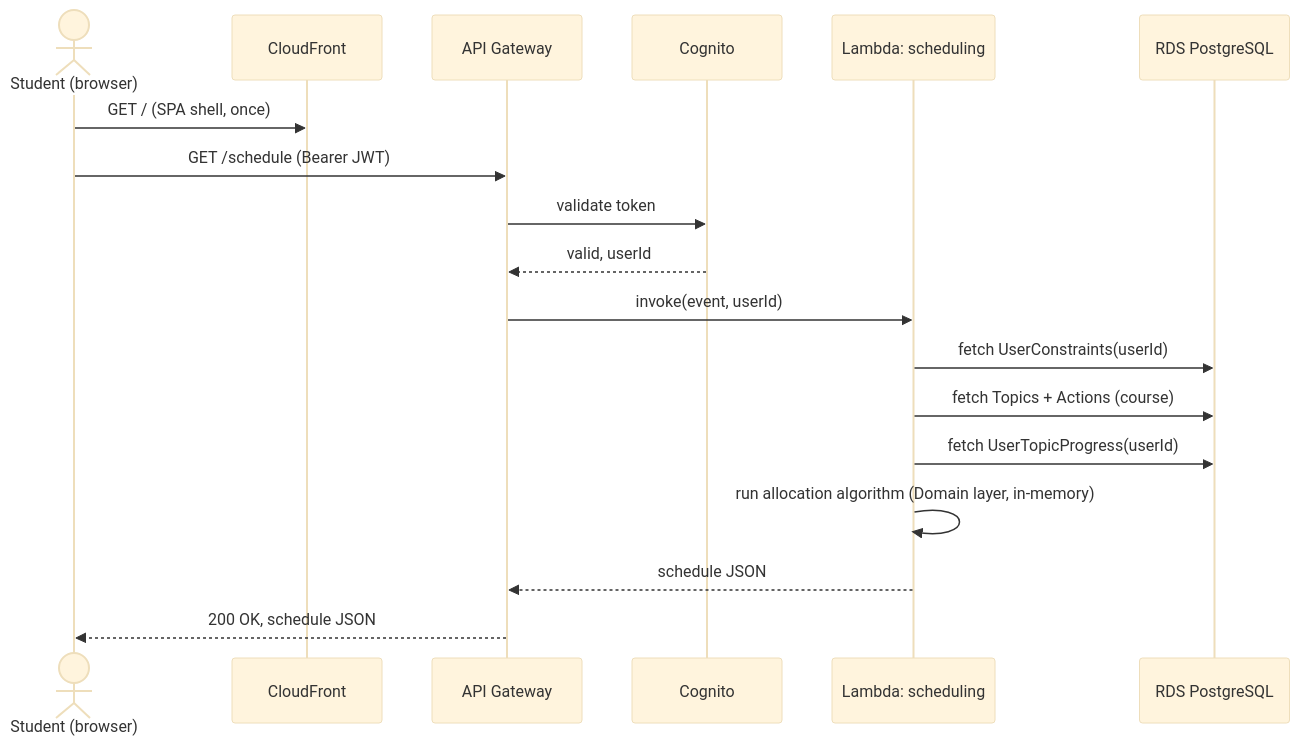
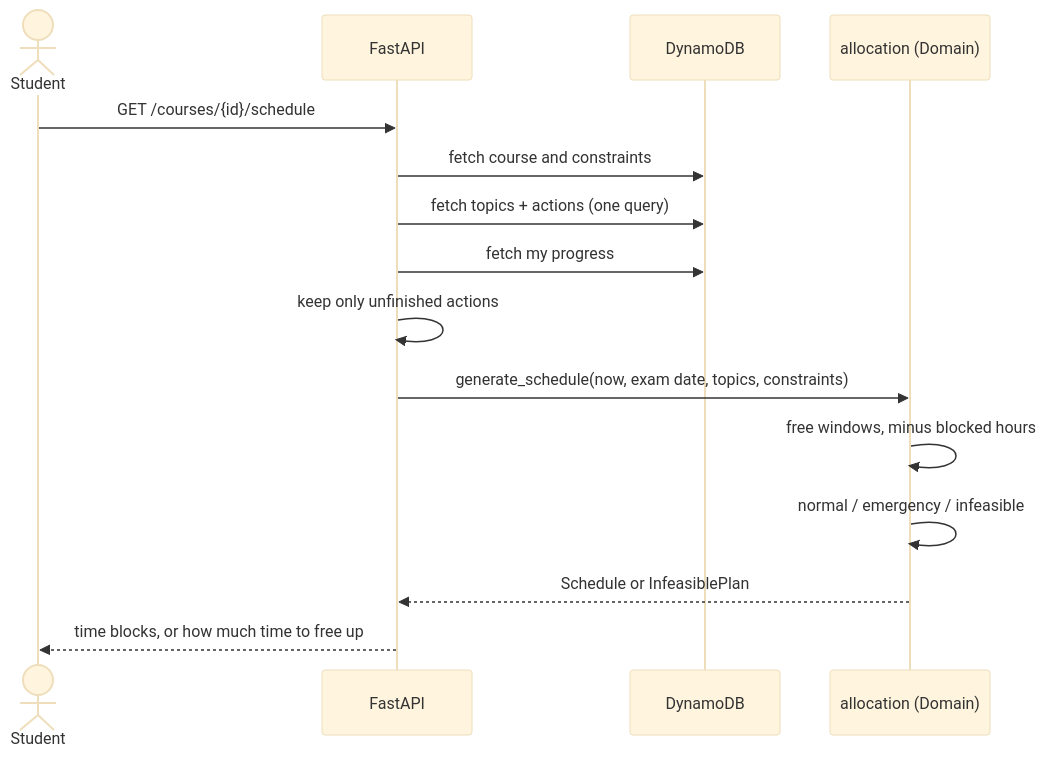
Before and after one commit to barbh1913/LearnSprint-: the second of 3 diagrams in docs/diagrams/request-flow.md, drawn with Mermaid (base theme). The commit also changed other lines of this file and 16 other files, not shown here.

````diff
--- a/docs/diagrams/request-flow.md
+++ b/docs/diagrams/request-flow.md
@@ -5,21 +34,18 @@
 ```mermaid
 sequenceDiagram
-    actor U as Student (browser)
-    participant CF as CloudFront
-    participant GW as API Gateway
-    participant Auth as Cognito
-    participant L as Lambda: scheduling
-    participant DB as RDS PostgreSQL
+    actor S as Student
+    participant API as FastAPI
+    participant DDB as DynamoDB
+    participant Alg as allocation (Domain)
 
-    U->>CF: GET / (SPA shell, once)
-    U->>GW: GET /schedule (Bearer JWT)
-    GW->>Auth: validate token
-    Auth-->>GW: valid, userId
-    GW->>L: invoke(event, userId)
-    L->>DB: fetch UserConstraints(userId)
-    L->>DB: fetch Topics + Actions (course)
-    L->>DB: fetch UserTopicProgress(userId)
-    L->>L: run allocation algorithm (Domain layer, in-memory)
-    L-->>GW: schedule JSON
-    GW-->>U: 200 OK, schedule JSON
+    S->>API: GET /courses/{id}/schedule
+    API->>DDB: fetch course and constraints
+    API->>DDB: fetch topics + actions (one query)
+    API->>DDB: fetch my progress
+    API->>API: keep only unfinished actions
+    API->>Alg: generate_schedule(now, exam date, topics, constraints)
+    Alg->>Alg: free windows, minus blocked hours
+    Alg->>Alg: normal / emergency / infeasible
+    Alg-->>API: Schedule or InfeasiblePlan
+    API-->>S: time blocks, or how much time to free up
 ```
````
